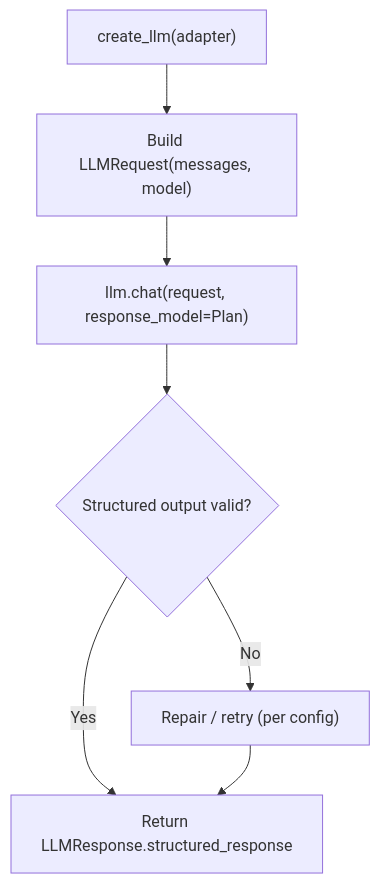
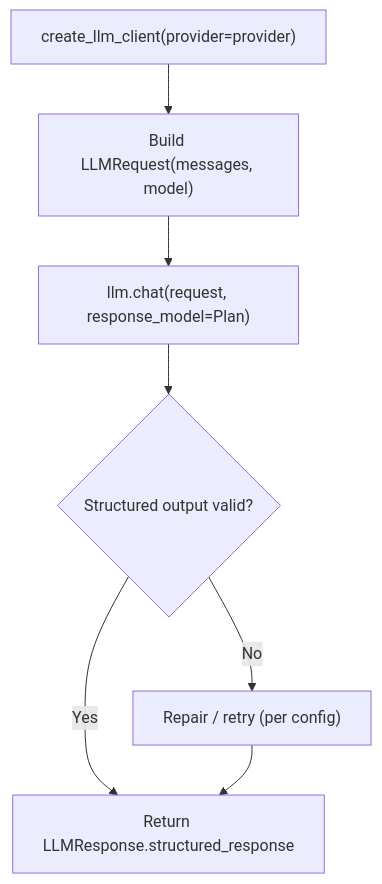
The fifth of 9 diagrams in docs/library/examples/index.mdx (Luseefor/afk), drawn with Mermaid before and after one commit. The commit also changed other lines of this file and 64 other files, not shown here.

Commit message:
Refactor llm client package

````diff
--- a/docs/library/examples/index.mdx
+++ b/docs/library/examples/index.mdx
@@ -242,9 +242,9 @@
 ```mermaid
 flowchart TD
-    A["create_llm(adapter)"] --> B["Build LLMRequest(messages, model)"]
+    A["create_llm_client(provider=provider)"] --> B["Build LLMRequest(messages, model)"]
     B --> C["llm.chat(request, response_model=Plan)"]
     C --> D{"Structured output valid?"}
     D -- "Yes" --> E["Return LLMResponse.structured_response"]
     D -- "No" --> F["Repair / retry (per config)"]
     F --> E
 ```
````
